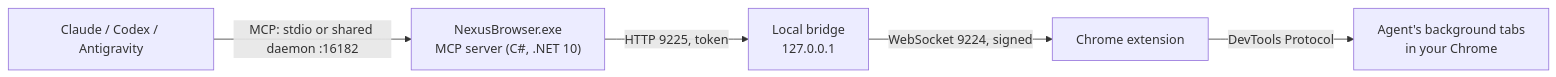
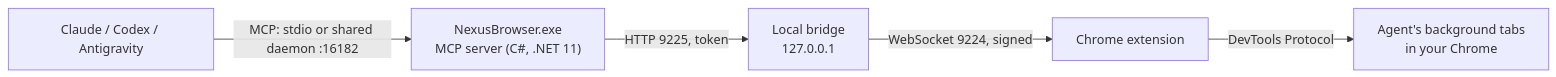
The diagram in README.md (pironjulien/NexusBrowser), drawn with Mermaid before and after one commit. The commit also changed other lines of this file and 20 other files, not shown here.

Commit message:
NexusBrowser 2.38.0: runs on .NET 11 (SDK 11.0.100, net11.0-windows, Native AOT compiler and trimmer 11.0.0); the stdio transport forwards its cancellation token to WriteLineAsync (CA2016 under the .NET 11 analyzers)

````diff
--- a/README.md
+++ b/README.md
@@ -183,7 +183,7 @@
 ```mermaid
 flowchart LR
-    A["Claude / Codex / Antigravity"] -->|"MCP: stdio or shared daemon :16182"| S["NexusBrowser.exe<br/>MCP server (C#, .NET 10)"]
+    A["Claude / Codex / Antigravity"] -->|"MCP: stdio or shared daemon :16182"| S["NexusBrowser.exe<br/>MCP server (C#, .NET 11)"]
     S -->|"HTTP 9225, token"| B["Local bridge<br/>127.0.0.1"]
     B -->|"WebSocket 9224, signed"| X["Chrome extension"]
     X -->|"DevTools Protocol"| T["Agent's background tabs<br/>in your Chrome"]
 ```
````
